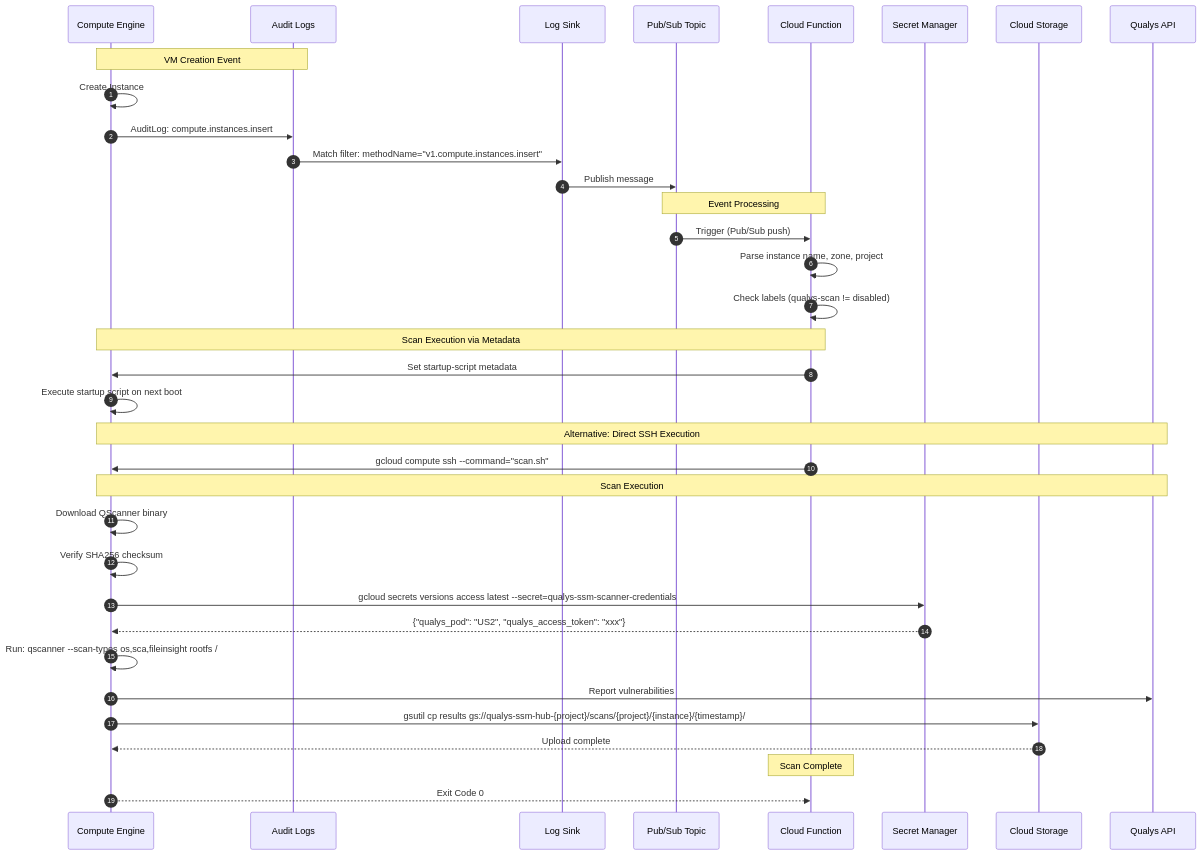
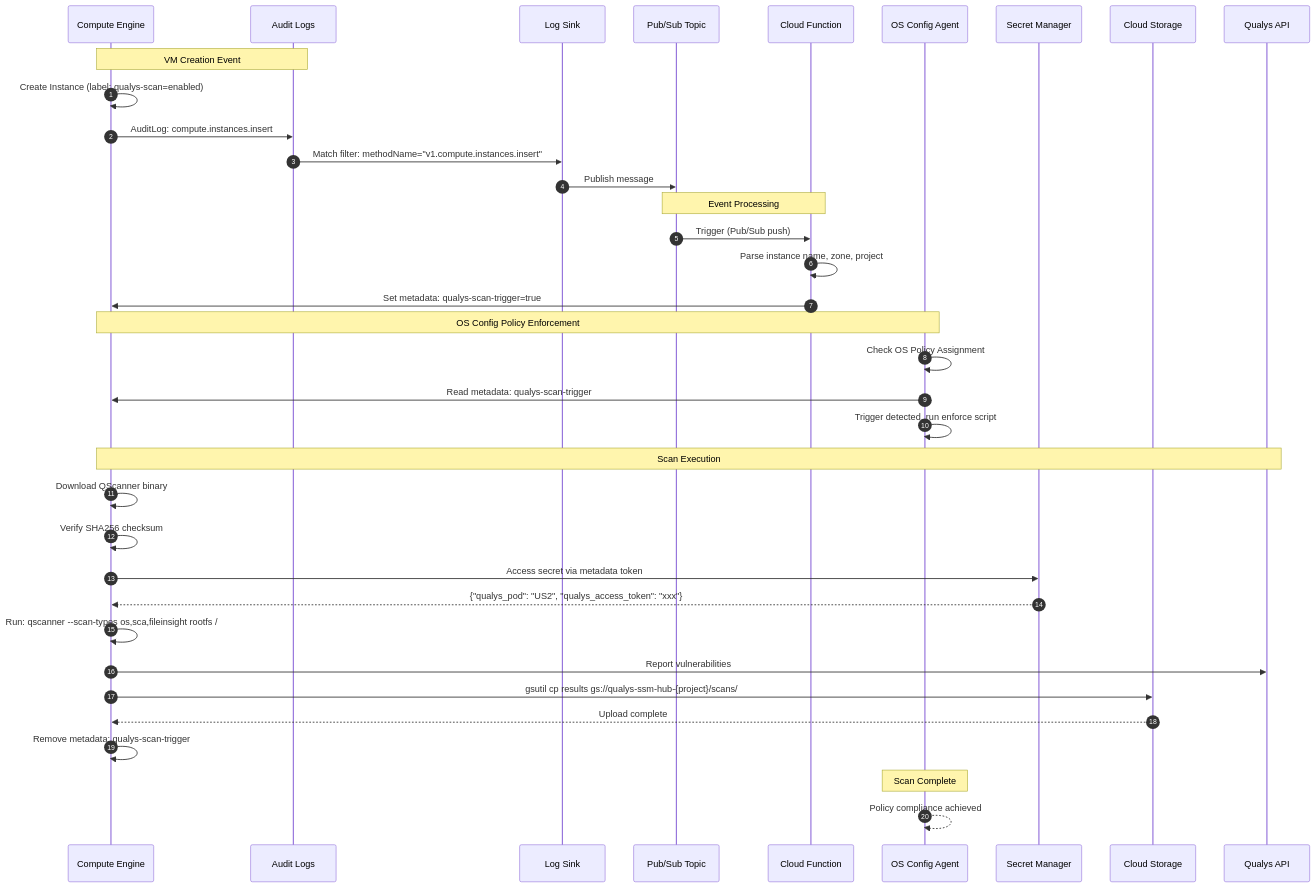
One commit to nelssec/qualys-ssm changed diagram 14 of 16 in docs/technical-blog.md. Above: the diagram before and after it, drawn with Mermaid. The commit also changed other lines of this file and 1 other file, not shown here.

Commit message:
Add OS Config agent support for GCP VM scanning

````diff
--- a/docs/technical-blog.md
+++ b/docs/technical-blog.md
@@ -463,43 +471,43 @@
 ```mermaid
 sequenceDiagram
     autonumber
     participant GCE as Compute Engine
     participant AL as Audit Logs
     participant LS as Log Sink
     participant PS as Pub/Sub Topic
     participant CF as Cloud Function
+    participant OSC as OS Config Agent
     participant SM as Secret Manager
     participant GCS as Cloud Storage
     participant Q as Qualys API
 
     Note over GCE,AL: VM Creation Event
-    GCE->>GCE: Create Instance
+    GCE->>GCE: Create Instance (label: qualys-scan=enabled)
     GCE->>AL: AuditLog: compute.instances.insert
     AL->>LS: Match filter: methodName="v1.compute.instances.insert"
     LS->>PS: Publish message
 
     Note over PS,CF: Event Processing
     PS->>CF: Trigger (Pub/Sub push)
     CF->>CF: Parse instance name, zone, project
-    CF->>CF: Check labels (qualys-scan != disabled)
+    CF->>GCE: Set metadata: qualys-scan-trigger=true
 
-    Note over CF,GCE: Scan Execution via Metadata
-    CF->>GCE: Set startup-script metadata
-    GCE->>GCE: Execute startup script on next boot
-
-    Note over GCE,Q: Alternative: Direct SSH Execution
-    CF->>GCE: gcloud compute ssh --command="scan.sh"
+    Note over OSC,GCE: OS Config Policy Enforcement
+    OSC->>OSC: Check OS Policy Assignment
+    OSC->>GCE: Read metadata: qualys-scan-trigger
+    OSC->>OSC: Trigger detected, run enforce script
 
     Note over GCE,Q: Scan Execution
     GCE->>GCE: Download QScanner binary
     GCE->>GCE: Verify SHA256 checksum
-    GCE->>SM: gcloud secrets versions access latest --secret=qualys-ssm-scanner-credentials
+    GCE->>SM: Access secret via metadata token
     SM-->>GCE: {"qualys_pod": "US2", "qualys_access_token": "xxx"}
     GCE->>GCE: Run: qscanner --scan-types os,sca,fileinsight rootfs /
     GCE->>Q: Report vulnerabilities
-    GCE->>GCS: gsutil cp results gs://qualys-ssm-hub-{project}/scans/{project}/{instance}/{timestamp}/
+    GCE->>GCS: gsutil cp results gs://qualys-ssm-hub-{project}/scans/
     GCS-->>GCE: Upload complete
+    GCE->>GCE: Remove metadata: qualys-scan-trigger
 
-    Note over CF: Scan Complete
-    GCE-->>CF: Exit Code 0
+    Note over OSC: Scan Complete
+    OSC-->>OSC: Policy compliance achieved
 ```
````
